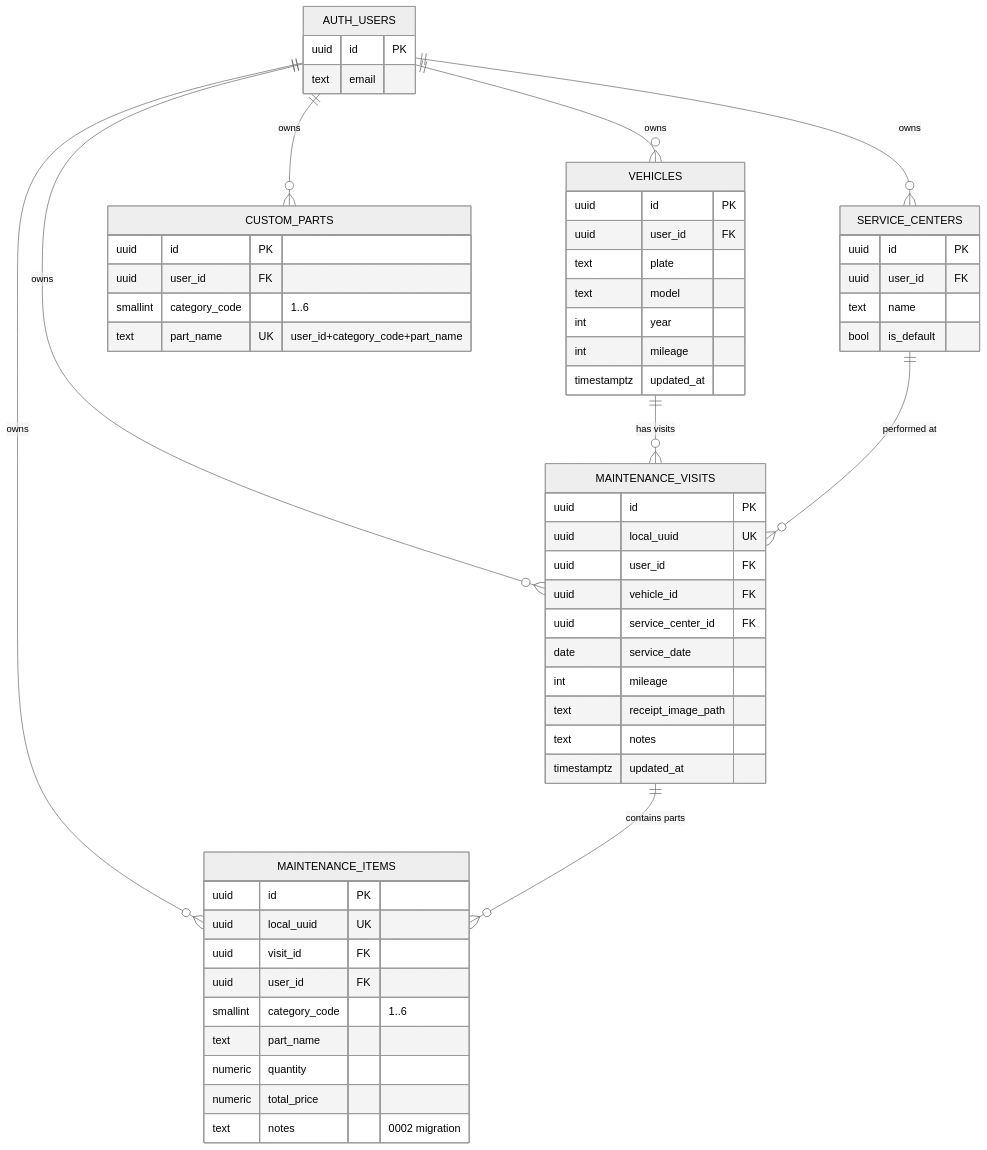
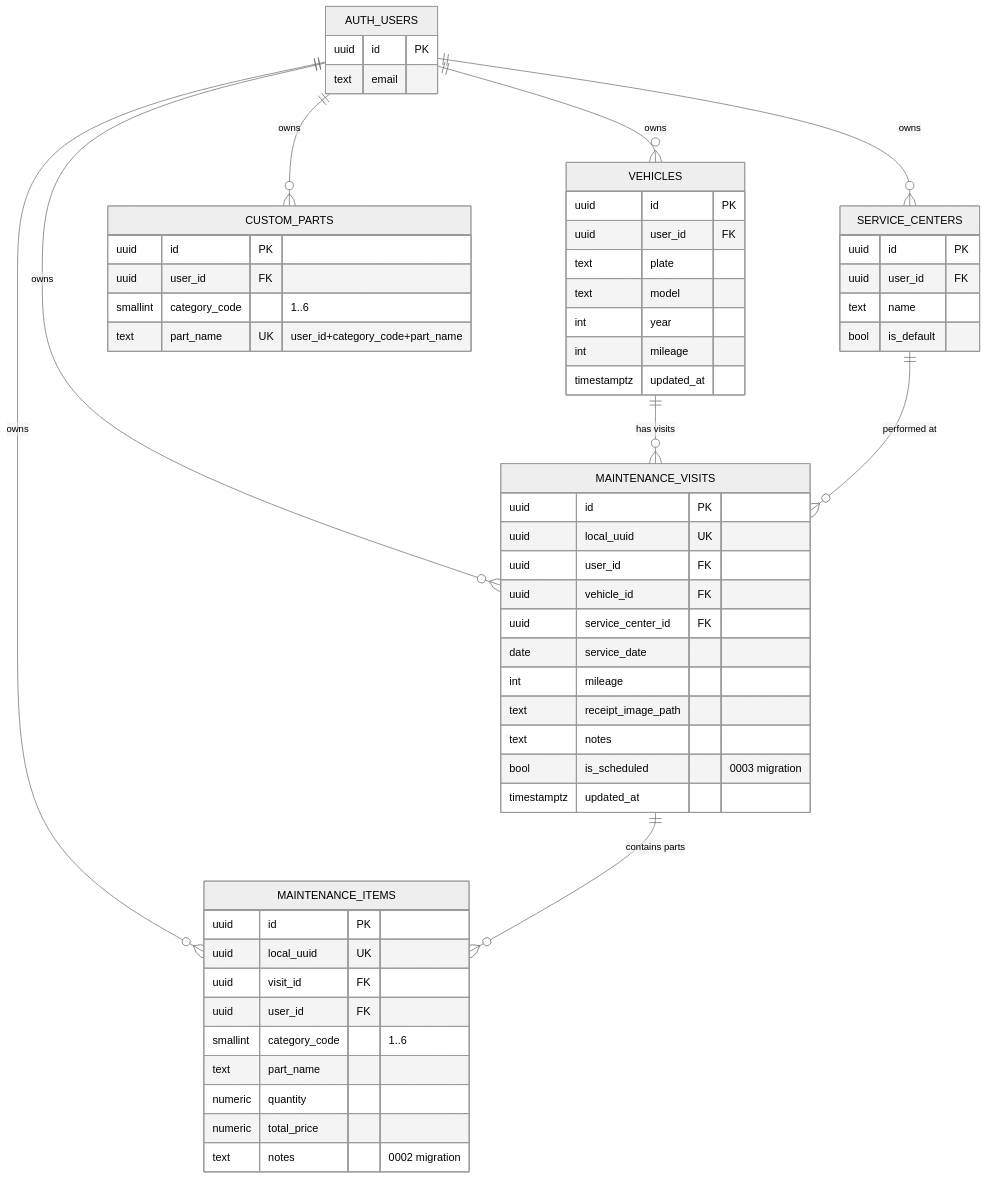
The second of 6 diagrams in README.md (DoctorKS/Car_maintainace), drawn with Mermaid (neutral theme) before and after one commit. The commit also changed other lines of this file and 1 other file, not shown here.

````diff
--- a/README.md
+++ b/README.md
@@ -121,61 +121,62 @@
 ```mermaid
 erDiagram
     AUTH_USERS ||--o{ VEHICLES : owns
     AUTH_USERS ||--o{ SERVICE_CENTERS : owns
     AUTH_USERS ||--o{ MAINTENANCE_VISITS : owns
     AUTH_USERS ||--o{ MAINTENANCE_ITEMS : owns
     AUTH_USERS ||--o{ CUSTOM_PARTS : owns
     VEHICLES ||--o{ MAINTENANCE_VISITS : "has visits"
     SERVICE_CENTERS ||--o{ MAINTENANCE_VISITS : "performed at"
     MAINTENANCE_VISITS ||--o{ MAINTENANCE_ITEMS : "contains parts"
 
     AUTH_USERS {
         uuid id PK
         text email
     }
     VEHICLES {
         uuid id PK
         uuid user_id FK
         text plate
         text model
         int year
         int mileage
         timestamptz updated_at
     }
     SERVICE_CENTERS {
         uuid id PK
         uuid user_id FK
         text name
         bool is_default
     }
     MAINTENANCE_VISITS {
         uuid id PK
         uuid local_uuid UK
         uuid user_id FK
         uuid vehicle_id FK
         uuid service_center_id FK
         date service_date
         int mileage
         text receipt_image_path
         text notes
+        bool is_scheduled "0003 migration"
         timestamptz updated_at
     }
     MAINTENANCE_ITEMS {
         uuid id PK
         uuid local_uuid UK
         uuid visit_id FK
         uuid user_id FK
         smallint category_code "1..6"
         text part_name
         numeric quantity
         numeric total_price
         text notes "0002 migration"
     }
     CUSTOM_PARTS {
         uuid id PK
         uuid user_id FK
         smallint category_code "1..6"
         text part_name
         UK "user_id+category_code+part_name"
     }
 ```
````
